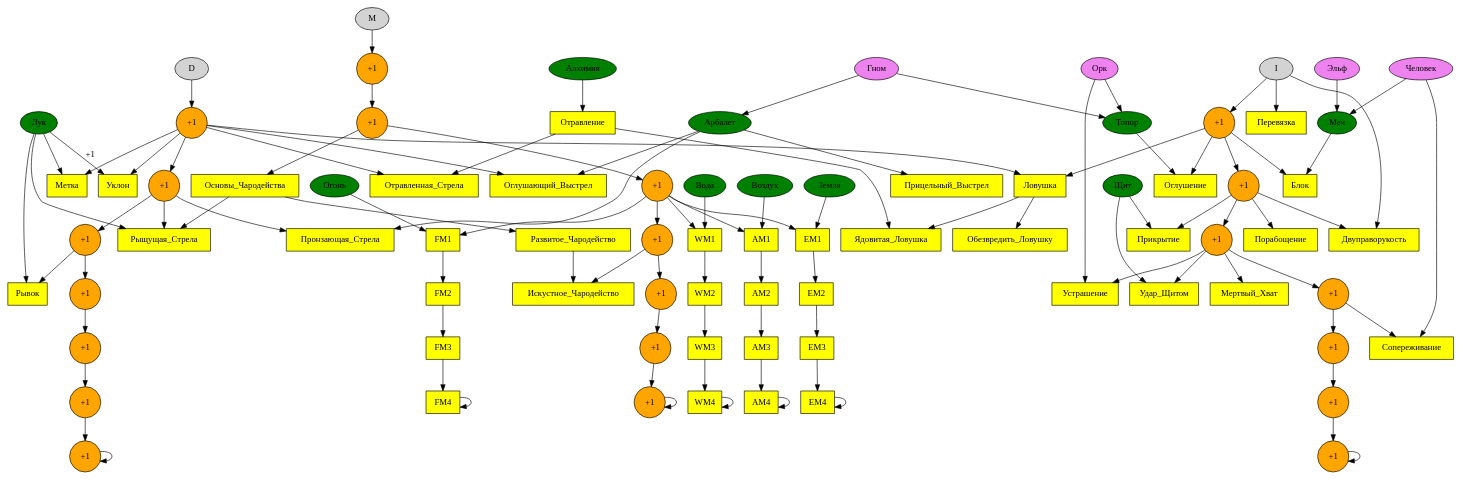
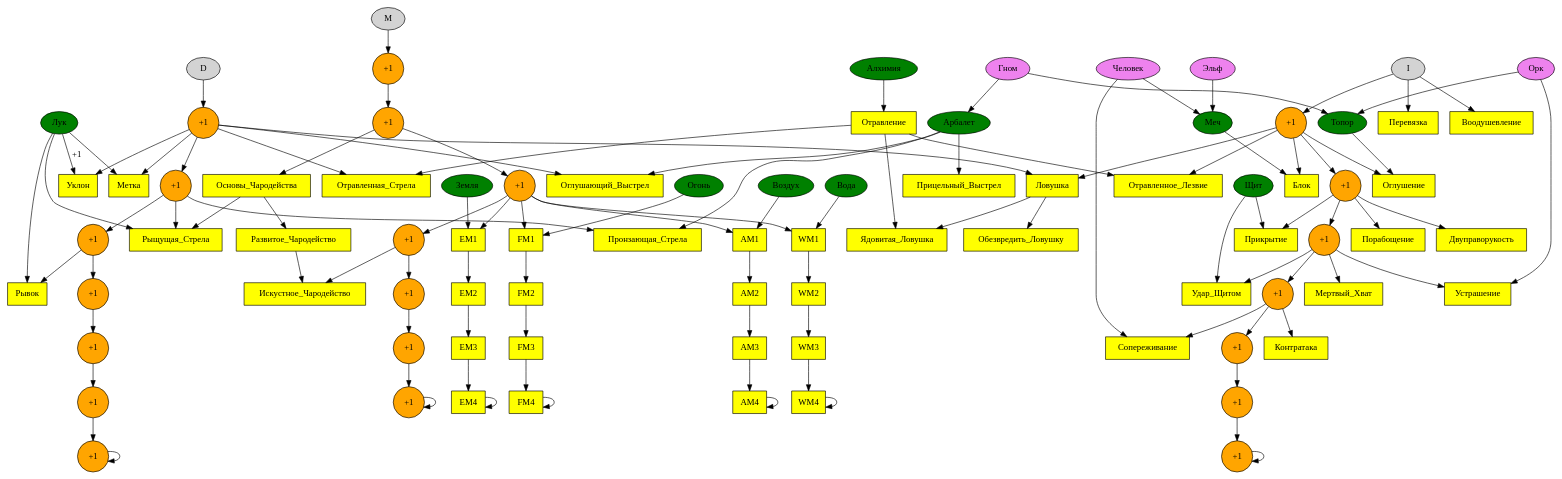
One commit to hurufu/rpg changed the diagram in rpg2.dot. Above: the diagram before and after it, drawn with Graphviz.

Commit message:
Добавленно: Умения контратака, итд.

```diff
--- a/rpg2.dot
+++ b/rpg2.dot
@@ -1,71 +1,74 @@
 strict digraph rpg {
 	node [style=filled]
 	D I M
 	node [fillcolor=green]
 	Лук Арбалет Алхимия Огонь Вода Земля Воздух Меч Топор Щит
 	node [fillcolor=violet]
 	Человек Гном Эльф Орк
 	node [label="+1", style=filled, shape=circle, fillcolor=orange, color=black]
 	D -> D1 -> D2 -> D3 -> D4 -> D5 -> D6 -> D7 -> D7
 	M -> M1 -> M2 -> M3 -> M4 -> M5 -> M6 -> M7 -> M7
 	I -> I1 -> I2 -> I3 -> I4 -> I5 -> I6 -> I7 -> I7
 	node [label="\N", shape=box, fillcolor=yellow]
 	Человек -> Меч
 	Человек -> Сопереживание
 	Эльф -> Меч
 	Гном -> Топор
 	Гном -> Арбалет
 	Орк -> Топор
 	Орк -> Устрашение
 	D1 -> Отравленная_Стрела
 	D1 -> Метка
 	D1 -> Уклон
 	D1 -> Ловушка
 	D1 -> Оглушающий_Выстрел
 	D2 -> Рыщущая_Стрела
 	D2 -> Пронзающая_Стрела
 	D3 -> Рывок
 	M2 -> Основы_Чародейства -> Развитое_Чародейство -> Искустное_Чародейство
 	Основы_Чародейства -> Рыщущая_Стрела
 	M4 -> Искустное_Чародейство
 	M3 -> FM1
 	M3 -> WM1
 	M3 -> EM1
 	M3 -> AM1
 	Огонь -> FM1
 	Вода -> WM1
 	Земля -> EM1
 	Воздух -> AM1
 	FM1 -> FM2 -> FM3 -> FM4 -> FM4
 	WM1 -> WM2 -> WM3 -> WM4 -> WM4
 	EM1 -> EM2 -> EM3 -> EM4 -> EM4
 	AM1 -> AM2 -> AM3 -> AM4 -> AM4
 	Лук -> Метка
 	Лук -> Уклон [label="+1"]
 	Лук -> Рывок
 	Лук -> Рыщущая_Стрела
 	Арбалет -> Прицельный_Выстрел
 	Арбалет -> Оглушающий_Выстрел
 	Арбалет -> Пронзающая_Стрела
 	Алхимия -> Отравление
 	Отравление -> Отравленная_Стрела
 	Отравление -> Ядовитая_Ловушка
+	Отравление -> Отравленное_Лезвие
 	I -> Перевязка
-	I -> Двуправорукость
+	I -> Воодушевление
 	I1 -> Блок
 	I1 -> Оглушение
 	I1 -> Ловушка
+	I1 -> Отравленное_Лезвие
 	I2 -> Порабощение
 	I2 -> Двуправорукость
 	I2 -> Прикрытие
 	I3 -> Устрашение
 	I3 -> Мертвый_Хват
 	I3 -> Удар_Щитом
 	I4 -> Сопереживание
+	I4 -> Контратака
 	Меч -> Блок
 	Топор -> Оглушение
 	Щит -> Прикрытие
 	Щит -> Удар_Щитом
 	Ловушка -> Обезвредить_Ловушку
 	Ловушка -> Ядовитая_Ловушка
 }
```
